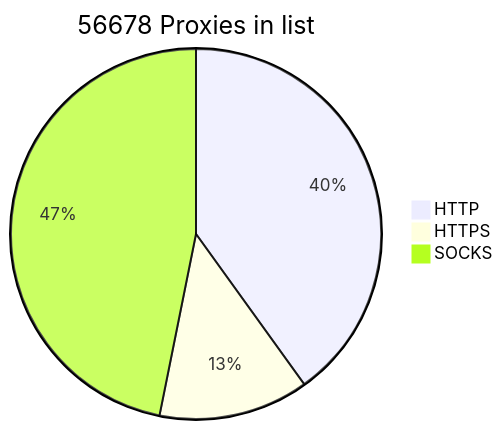
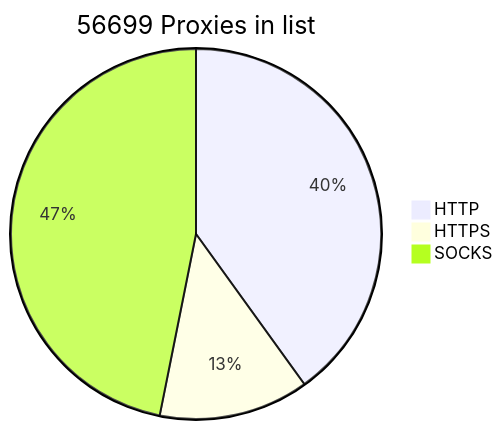
Before and after one commit to BlackSnowDot/proxylist-update-every-minute: the diagram in README.md, drawn with Mermaid.

````diff
--- a/README.md
+++ b/README.md
@@ -2,6 +2,6 @@
 ```mermaid
-pie title 56678 Proxies in list
+pie title 56699 Proxies in list
     "HTTP" : 25525
     "HTTPS": 8342
-    "SOCKS" : 29840
+    "SOCKS" : 29861
 ```
````
